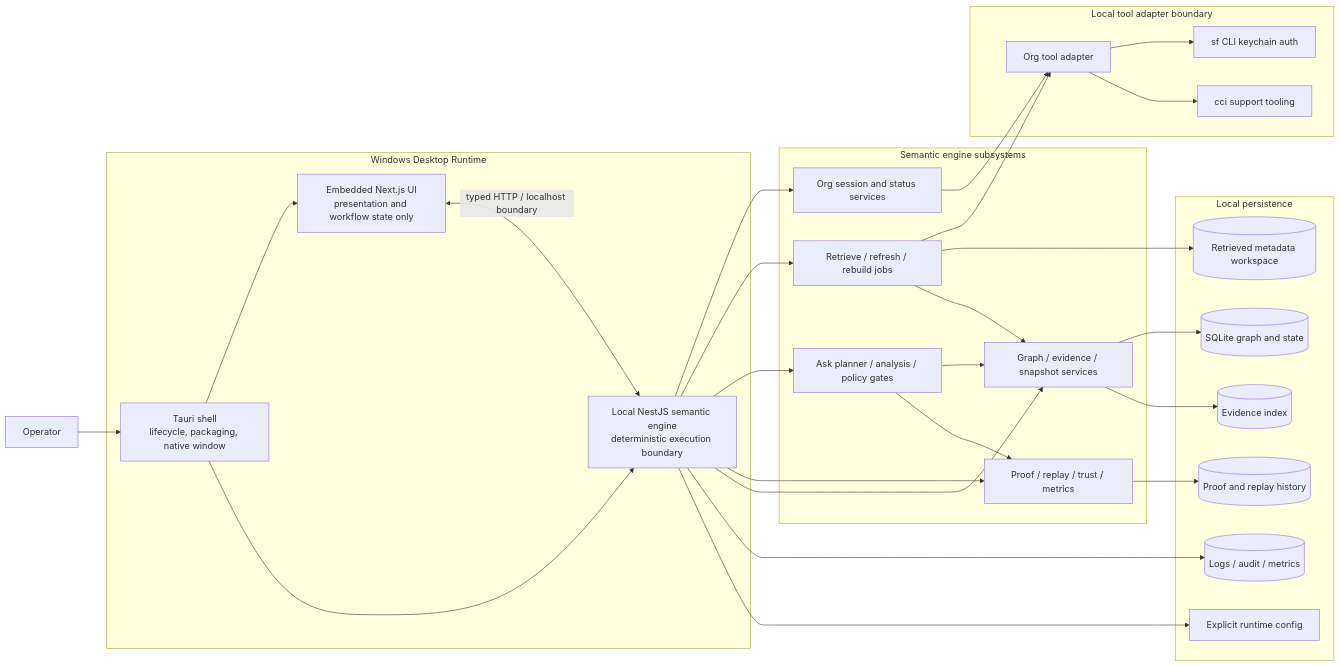
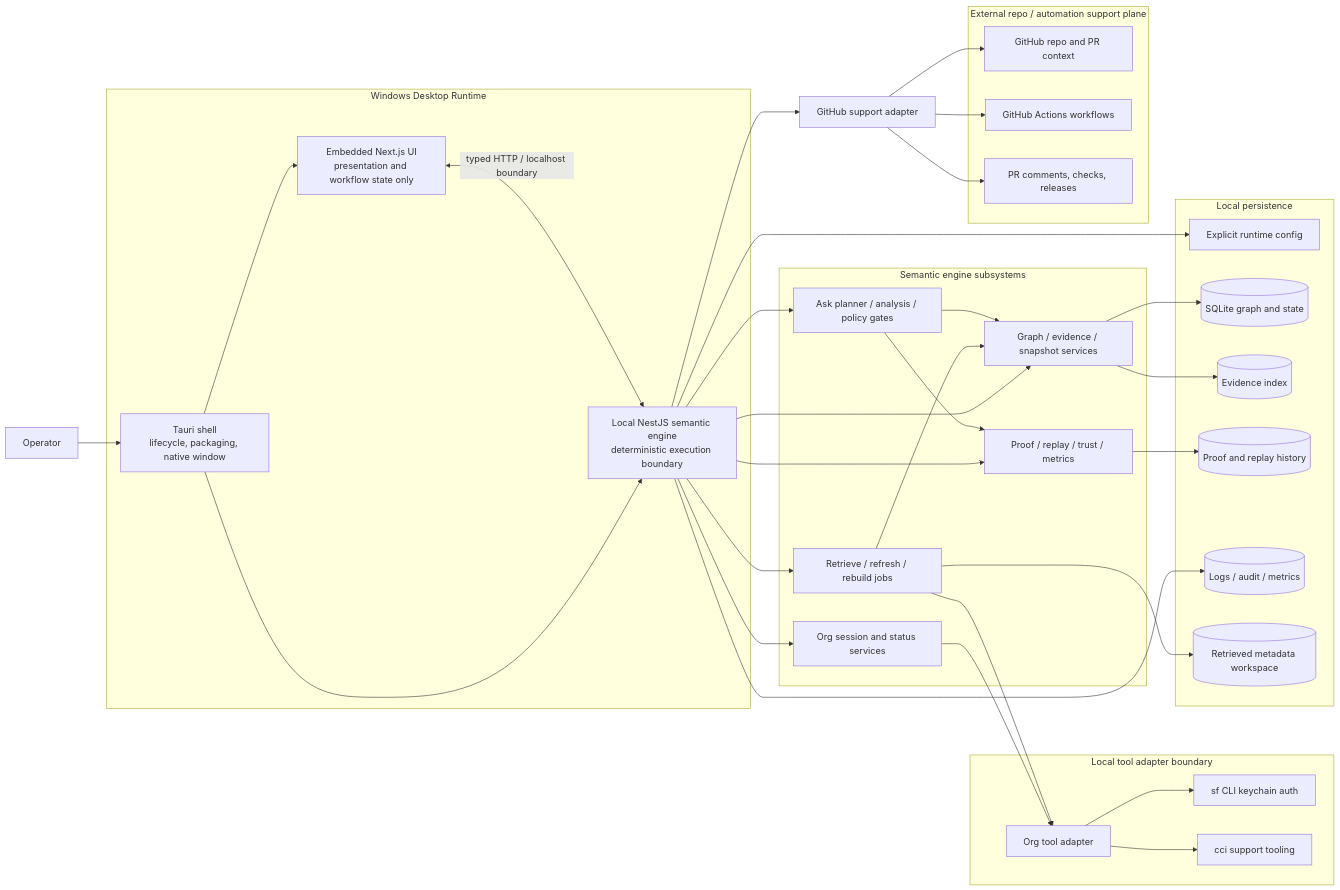
One commit to DigitalDreams-ai/OrgGraph changed the diagram in docs/planning/v2/ORGUMENTED_V2_ARCHITECTURE.md. Above: the diagram before and after it, drawn with Mermaid. The commit also changed other lines of this file and 21 other files, not shown here.

````diff
--- a/docs/planning/v2/ORGUMENTED_V2_ARCHITECTURE.md
+++ b/docs/planning/v2/ORGUMENTED_V2_ARCHITECTURE.md
@@ -58,60 +63,73 @@
 ```mermaid
 flowchart LR
     Operator[Operator]
 
     subgraph Desktop["Windows Desktop Runtime"]
         Shell[Tauri shell<br/>lifecycle, packaging, native window]
         UI[Embedded Next.js UI<br/>presentation and workflow state only]
         Engine[Local NestJS semantic engine<br/>deterministic execution boundary]
 
         Shell --> UI
         Shell --> Engine
         UI <-->|typed HTTP / localhost boundary| Engine
     end
 
     subgraph EngineModules["Semantic engine subsystems"]
         Sessions[Org session and status services]
         Retrieve[Retrieve / refresh / rebuild jobs]
         Planner[Ask planner / analysis / policy gates]
         Proofs[Proof / replay / trust / metrics]
         Graph[Graph / evidence / snapshot services]
     end
 
     subgraph Tooling["Local tool adapter boundary"]
         Adapter[Org tool adapter]
         SF[sf CLI keychain auth]
         CCI[cci support tooling]
     end
 
+    Support[GitHub support adapter]
+
+    subgraph RepoSupport["External repo / automation support plane"]
+        Repo[GitHub repo and PR context]
+        Actions[GitHub Actions workflows]
+        Review[PR comments, checks, releases]
+    end
+
     subgraph Storage["Local persistence"]
         Config[Explicit runtime config]
         GraphStore[(SQLite graph and state)]
         Evidence[(Evidence index)]
         ProofStore[(Proof and replay history)]
         Logs[(Logs / audit / metrics)]
         RetrieveFiles[(Retrieved metadata workspace)]
     end
 
     Operator --> Shell
     Engine --> Sessions
     Engine --> Retrieve
     Engine --> Planner
     Engine --> Proofs
     Engine --> Graph
 
     Sessions --> Adapter
     Retrieve --> Adapter
     Adapter --> SF
     Adapter --> CCI
 
+    Engine --> Support
+    Support --> Repo
+    Support --> Actions
+    Support --> Review
+
     Retrieve --> RetrieveFiles
     Graph --> GraphStore
     Graph --> Evidence
     Proofs --> ProofStore
     Engine --> Logs
     Engine --> Config
 
     Retrieve --> Graph
     Planner --> Graph
     Planner --> Proofs
 ```
````
